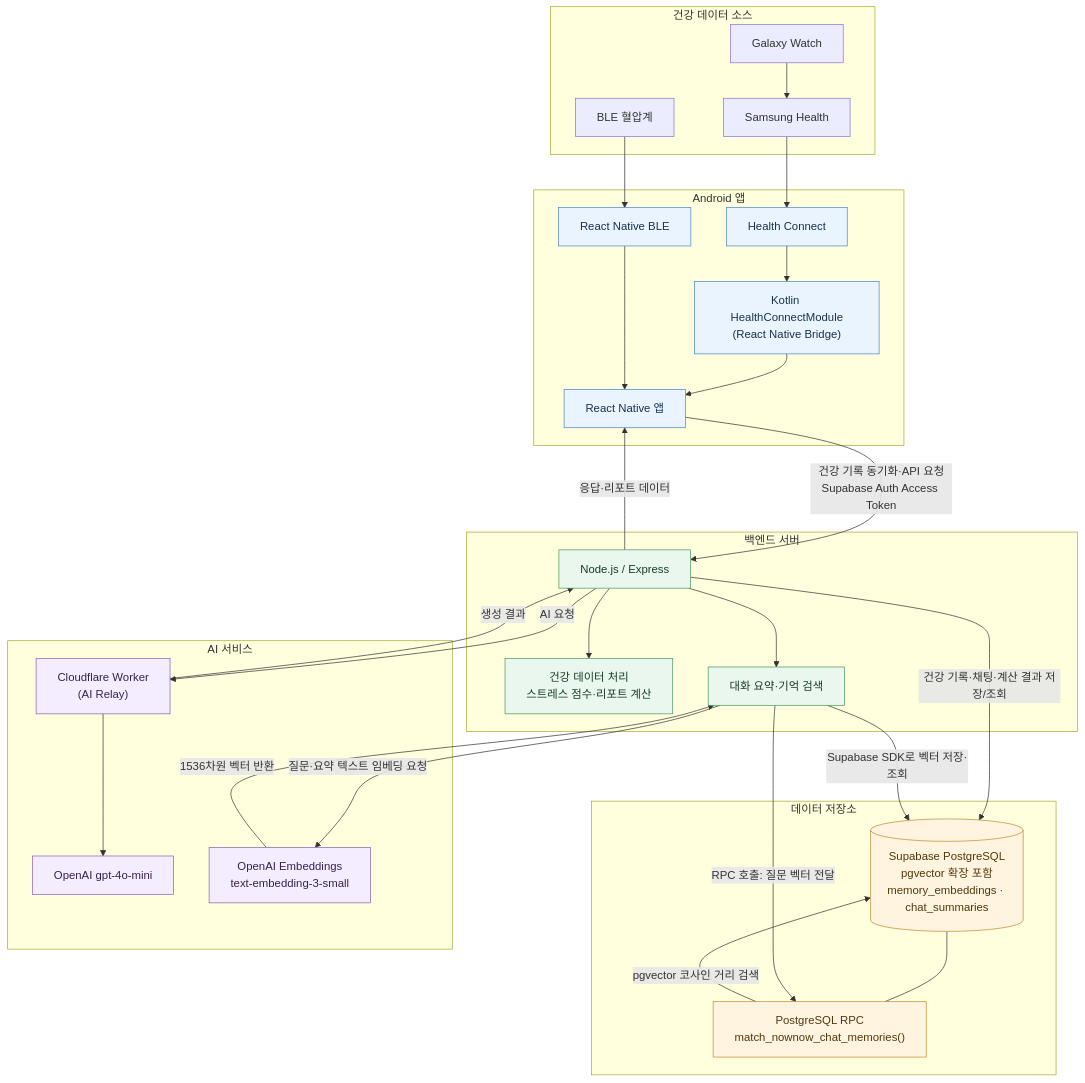
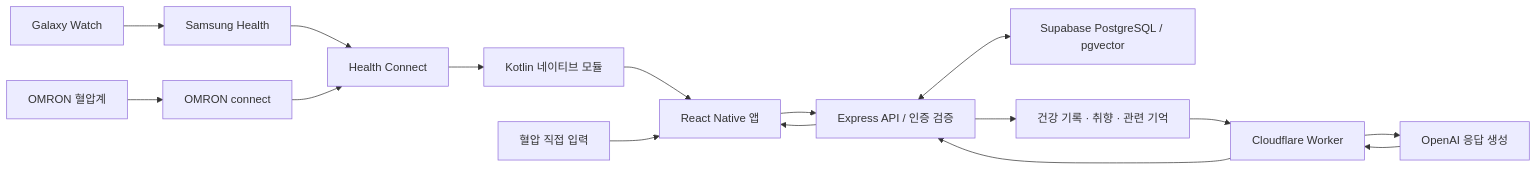
The first of 5 diagrams in README.md (poohgajoah/NowNow), drawn with Mermaid before and after one commit. The commit also changed other lines of this file, not shown here.

Commit message:
docs: clarify OMRON path and add core feature pipelines

````diff
--- a/README.md
+++ b/README.md
@@ -126,62 +126,12 @@
 ```mermaid
-flowchart TB
-  subgraph SOURCE["건강 데이터 소스"]
-    WATCH["Galaxy Watch"]
-    SAMSUNG["Samsung Health"]
-    BP["BLE 혈압계"]
-    WATCH --> SAMSUNG
-  end
-
-  subgraph MOBILE["Android 앱"]
-    HC["Health Connect"]
-    NATIVE["Kotlin HealthConnectModule<br/>(React Native Bridge)"]
-    BLE["React Native BLE"]
-    APP["React Native 앱"]
-    SAMSUNG --> HC
-    HC --> NATIVE
-    BP --> BLE
-    NATIVE --> APP
-    BLE --> APP
-  end
-
-  subgraph BACKEND["백엔드 서버"]
-    API["Node.js / Express"]
-    STRESS["건강 데이터 처리<br/>스트레스 점수·리포트 계산"]
-    MEMORY["대화 요약·기억 검색"]
-    API --> STRESS
-    API --> MEMORY
-  end
-
-  subgraph DATA["데이터 저장소"]
-    DB[("Supabase PostgreSQL<br/>pgvector 확장 포함<br/>memory_embeddings · chat_summaries")]
-    RPC["PostgreSQL RPC<br/>match_nownow_chat_memories()"]
-    DB --- RPC
-  end
-
-  subgraph AI["AI 서비스"]
-    WORKER["Cloudflare Worker<br/>(AI Relay)"]
-    CHAT["OpenAI gpt-4o-mini"]
-    EMBED["OpenAI Embeddings<br/>text-embedding-3-small"]
-    WORKER --> CHAT
-  end
-
-  APP -->|"건강 기록 동기화·API 요청<br/>Supabase Auth Access Token"| API
-  API -->|"건강 기록·채팅·계산 결과 저장/조회"| DB
-  MEMORY -->|"질문·요약 텍스트 임베딩 요청"| EMBED
-  EMBED -->|"1536차원 벡터 반환"| MEMORY
-  MEMORY -->|"Supabase SDK로 벡터 저장·조회"| DB
-  MEMORY -->|"RPC 호출: 질문 벡터 전달"| RPC
-  RPC -->|"pgvector 코사인 거리 검색"| DB
-  API -->|"AI 요청"| WORKER
-  WORKER -->|"생성 결과"| API
-  API -->|"응답·리포트 데이터"| APP
-
-  classDef mobile fill:#eaf4ff,stroke:#4c86c6,color:#18324b
-  classDef backend fill:#eaf7ee,stroke:#4d9664,color:#183b25
-  classDef data fill:#fff4df,stroke:#c28a32,color:#51380d
-  classDef ai fill:#f4edff,stroke:#8662b5,color:#35234d
-  class HC,NATIVE,BLE,APP mobile
-  class API,STRESS,MEMORY backend
-  class DB,RPC data
-  class WORKER,CHAT,EMBED ai
+flowchart LR
+  W["Galaxy Watch"] --> S["Samsung Health"] --> HC["Health Connect"]
+  BP["OMRON 혈압계"] --> OC["OMRON connect"] --> HC
+  HC --> K["Kotlin 네이티브 모듈"] --> APP["React Native 앱"]
+  MAN["혈압 직접 입력"] --> APP
+  APP --> API["Express API / 인증 검증"]
+  API <--> DB["Supabase PostgreSQL / pgvector"]
+  API --> CTX["건강 기록 · 취향 · 관련 기억"]
+  CTX --> RELAY["Cloudflare Worker"] --> LLM["OpenAI 응답 생성"]
+  LLM --> RELAY --> API --> APP
 ```
````
